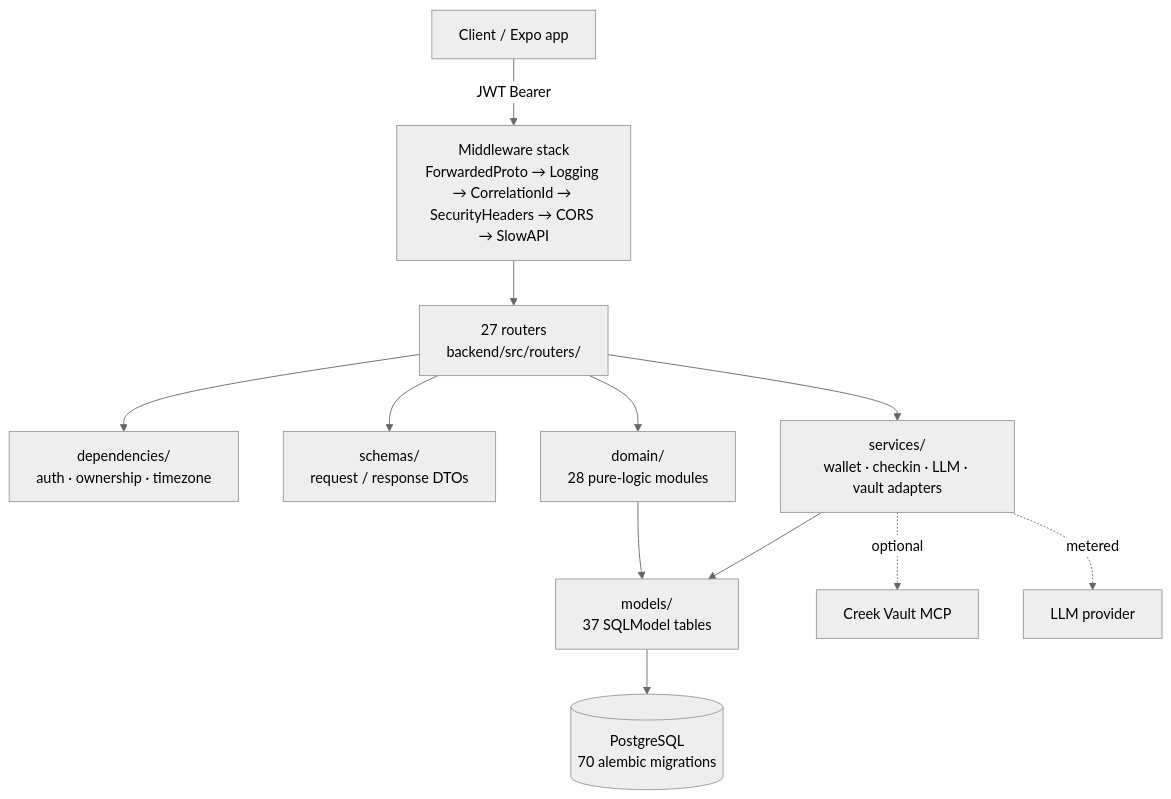
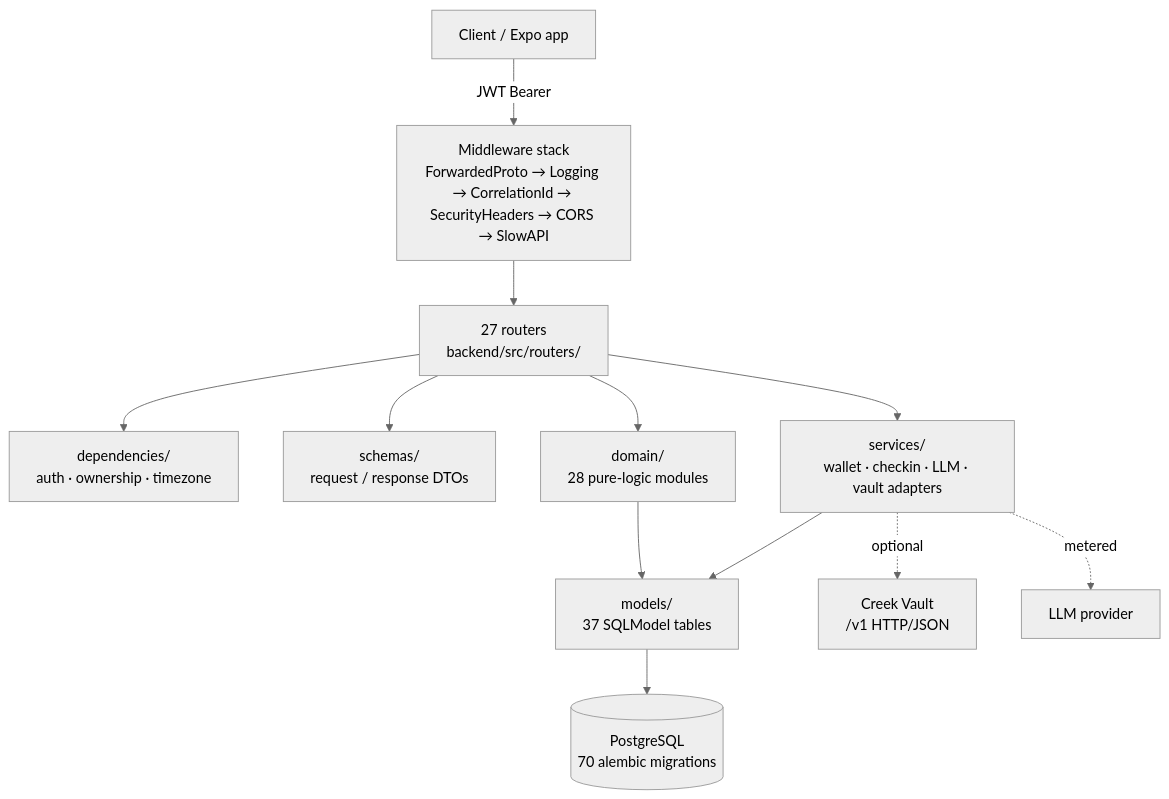
Before and after one commit to Geoffe-Ga/adepthood-docs: the diagram in docs/reference/backend/index.md, drawn with Mermaid (neutral theme). The commit also changed 4 other files, not shown here.

````diff
--- a/docs/reference/backend/index.md
+++ b/docs/reference/backend/index.md
@@ -21,14 +21,14 @@
 ```mermaid
 flowchart TD
     C[Client / Expo app] -->|JWT Bearer| MW[Middleware stack\nForwardedProto → Logging → CorrelationId → SecurityHeaders → CORS → SlowAPI]
     MW --> R[27 routers\nbackend/src/routers/]
     R --> DEP[dependencies/\nauth · ownership · timezone]
     R --> SCH[schemas/\nrequest / response DTOs]
     R --> DOM[domain/\n28 pure-logic modules]
     R --> SVC[services/\nwallet · checkin · LLM · vault adapters]
     DOM --> M[models/\n37 SQLModel tables]
     SVC --> M
     M --> PG[(PostgreSQL\n70 alembic migrations)]
-    SVC -.->|optional| CV[Creek Vault MCP]
+    SVC -.->|optional| CV[Creek Vault\n/v1 HTTP/JSON]
     SVC -.->|metered| LLM[LLM provider]
 ```
````
